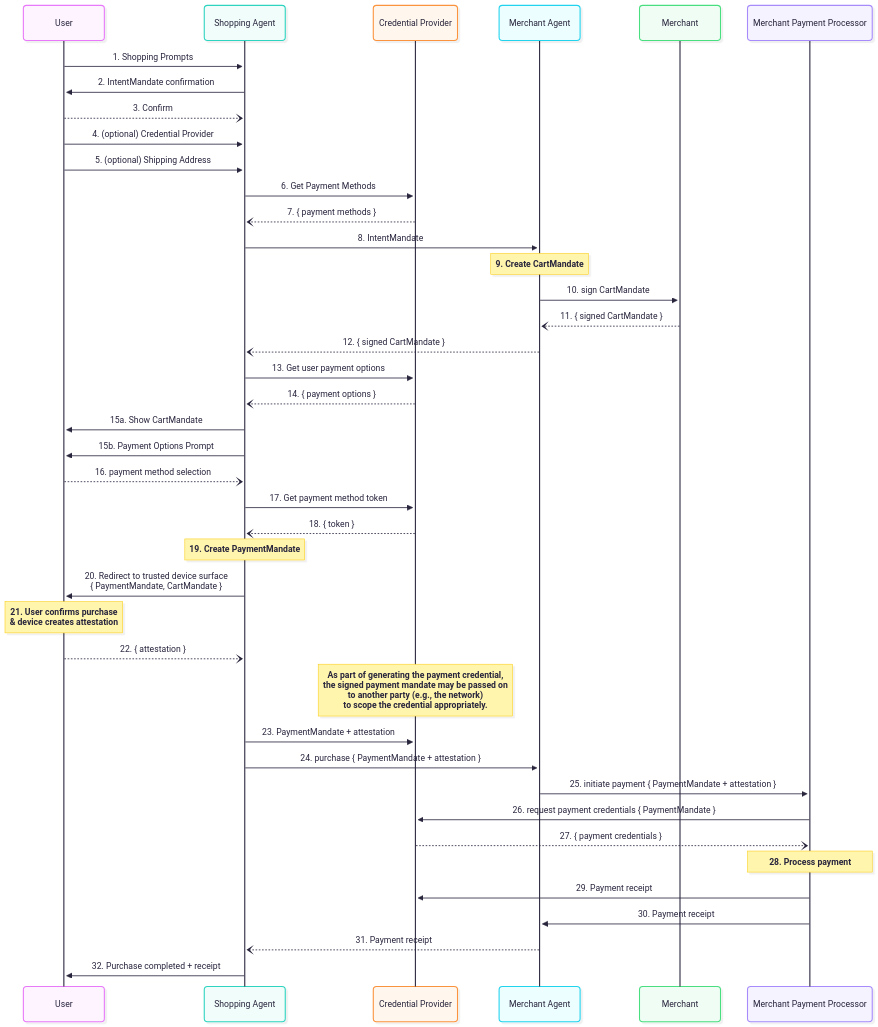
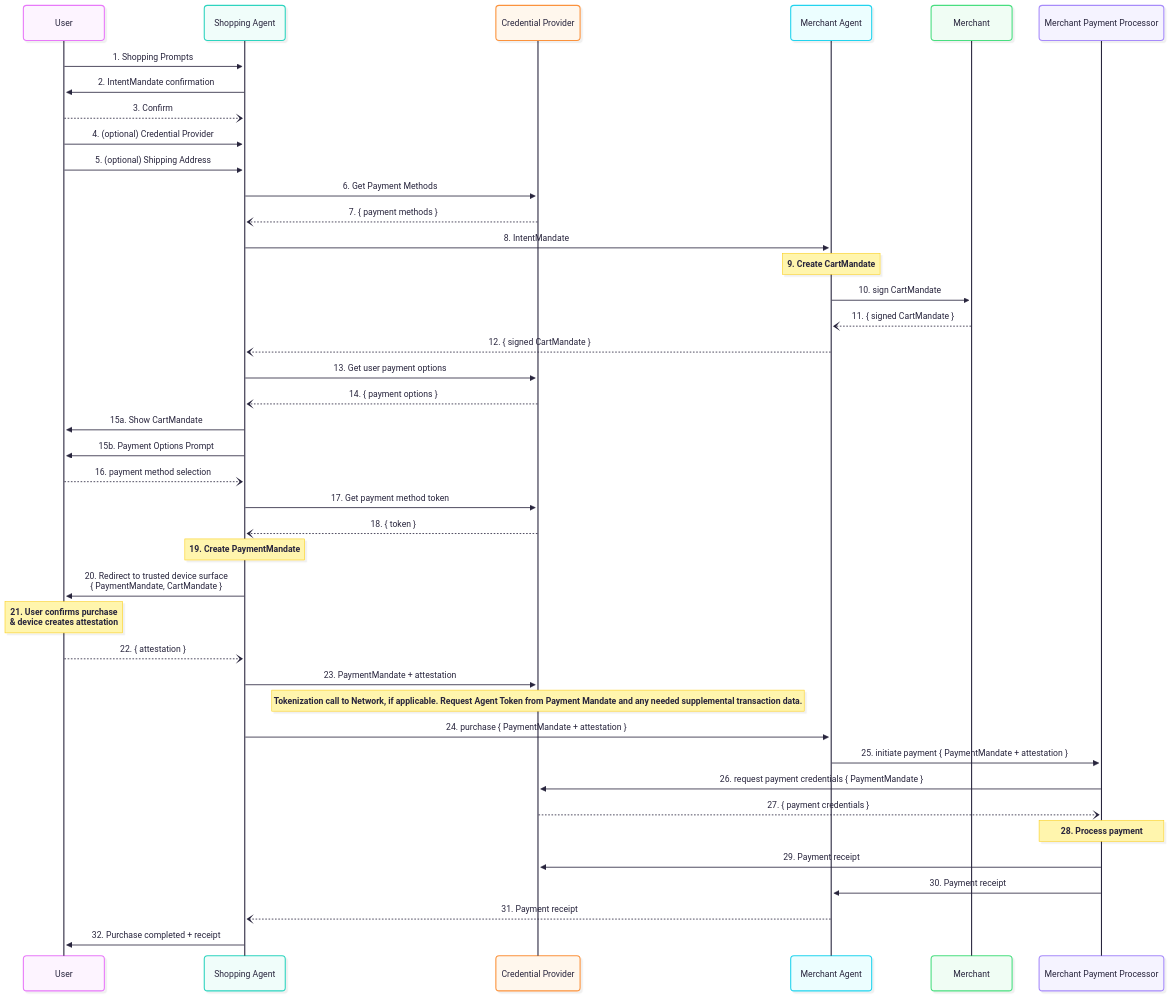
The diagram in docs/specification.md (google-agentic-commerce/AP2), drawn with Mermaid before and after one commit.

Commit message:
maintenance: Update specification diagram with Prateek's requested changes.

````diff
--- a/docs/specification.md
+++ b/docs/specification.md
@@ -274,64 +274,65 @@
 ```mermaid
 ---
 config:
   look: neo
   theme: redux-color
 ---
 sequenceDiagram
     participant user as User
     participant sa   as Shopping Agent
     participant cp   as Credential Provider
     participant ma   as Merchant Agent
     participant m    as Merchant
     participant mpp  as Merchant Payment Processor
 
     user ->> sa: 1. Shopping Prompts
     sa   ->> user: 2. IntentMandate confirmation
     user --) sa: 3. Confirm
 
     user ->> sa: 4. (optional) Credential Provider
     user ->> sa: 5. (optional) Shipping Address
 
     sa ->> cp: 6. Get Payment Methods
     cp --) sa: 7. { payment methods }
 
     sa ->> ma: 8. IntentMandate
     note over ma: 9. Create CartMandate
 
     ma ->> m: 10. sign CartMandate
     m --) ma: 11. { signed CartMandate }
 
     ma --) sa: 12. { signed CartMandate }
 
     sa ->> cp: 13. Get user payment options
     cp --) sa: 14. { payment options }
 
     sa ->> user: 15a. Show CartMandate
     sa ->> user: 15b. Payment Options Prompt
 
     user --) sa: 16. payment method selection
 
     sa ->> cp: 17. Get payment method token
     cp --) sa: 18. { token }
 
     note over sa: 19. Create PaymentMandate
 
     sa ->> user: 20. Redirect to trusted device surface<br/>{ PaymentMandate, CartMandate }
     note over user: 21. User confirms purchase<br/>& device creates attestation
     user --) sa: 22. { attestation }
 
-    note over cp: As part of generating the payment credential,<br/>the signed payment mandate may be passed on<br/>to another party (e.g., the network)<br/>to scope the credential appropriately.
+    sa ->> cp: 23. PaymentMandate + attestation
 
-    sa ->> cp: 23. PaymentMandate + attestation
+    note over cp: Tokenization call to Network, if applicable. Request Agent Token from Payment Mandate and any needed supplemental transaction data.
+
     sa ->> ma: 24. purchase { PaymentMandate + attestation }
 
     ma  ->> mpp: 25. initiate payment { PaymentMandate + attestation }
     mpp ->> cp:  26. request payment credentials { PaymentMandate }
     cp  --) mpp: 27. { payment credentials }
 
     note over mpp: 28. Process payment
     mpp ->> cp: 29. Payment receipt
     mpp ->> ma: 30. Payment receipt
     ma  --) sa: 31. Payment receipt
     sa  ->> user: 32. Purchase completed + receipt
 ```
````
